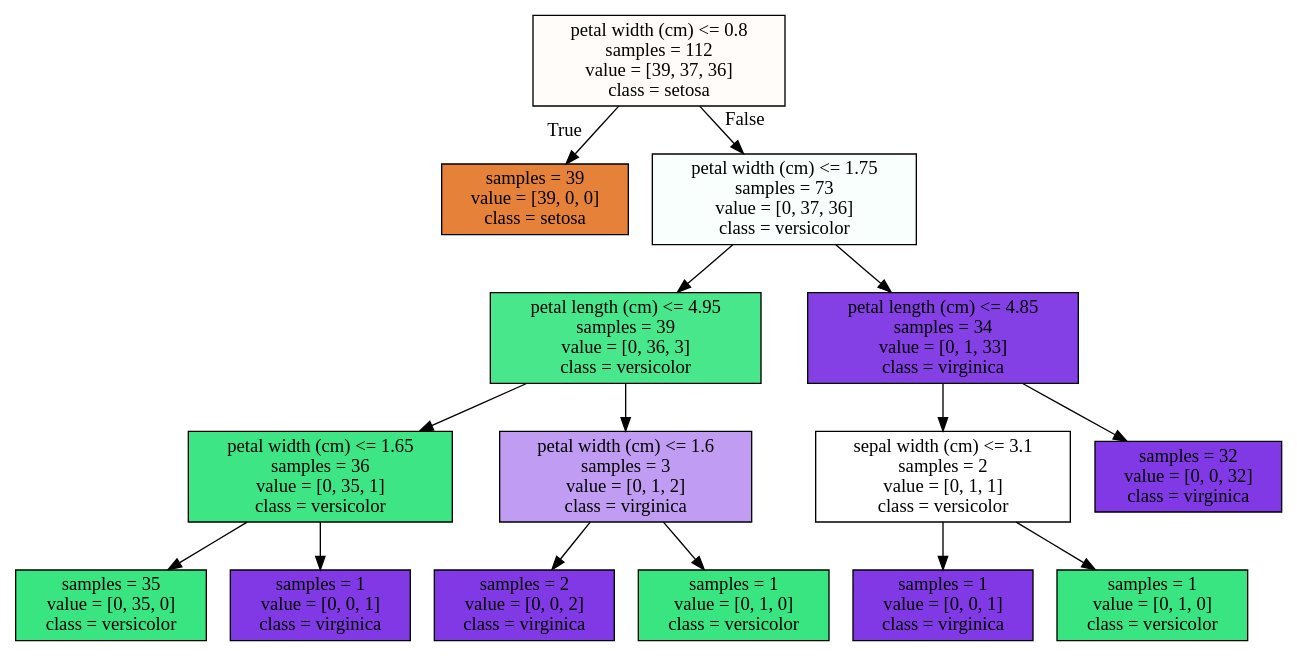
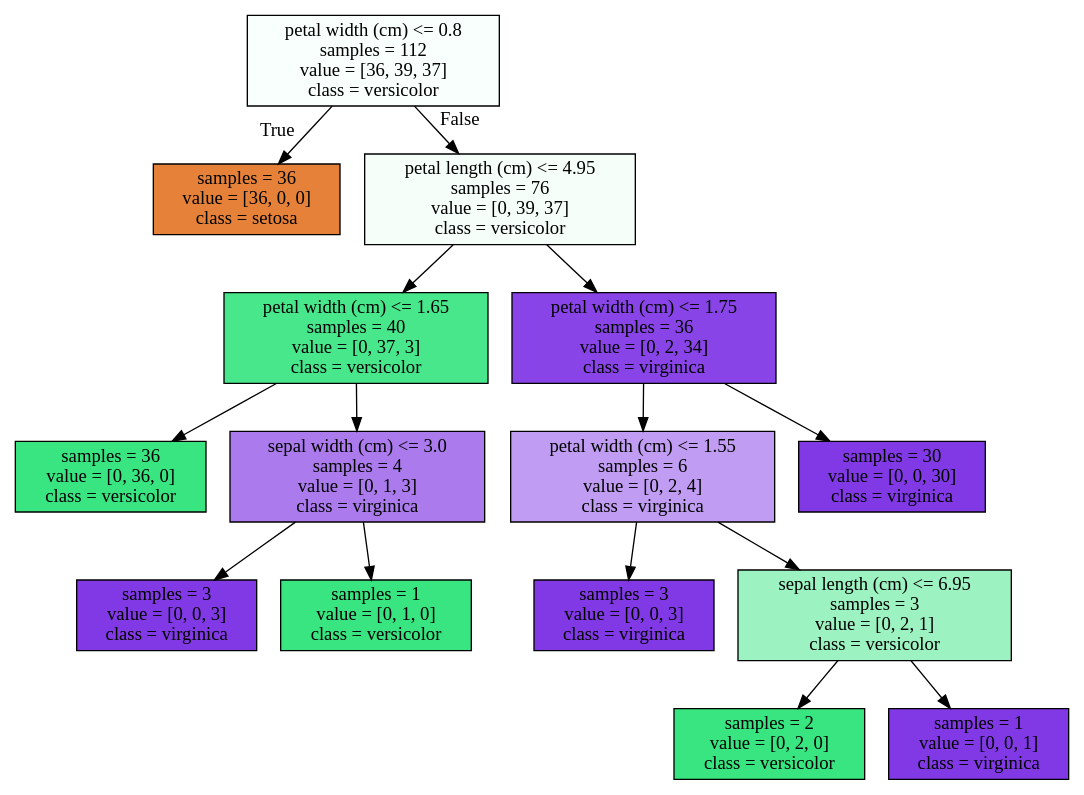
One commit to JosephPG/DecisionTreeExample changed the diagram in docs/Source.gv. Above: the diagram before and after it, drawn with Graphviz. The commit also changed 5 other files, not shown here.

```diff
--- a/docs/Source.gv
+++ b/docs/Source.gv
@@ -1,32 +1,32 @@
 digraph Tree {
 node [shape=box, style="filled", color="black"] ;
-0 [label="petal width (cm) <= 0.8\nsamples = 112\nvalue = [39, 37, 36]\nclass = setosa", fillcolor="#e5813907"] ;
-1 [label="samples = 39\nvalue = [39, 0, 0]\nclass = setosa", fillcolor="#e58139ff"] ;
+0 [label="petal width (cm) <= 0.8\nsamples = 112\nvalue = [36, 39, 37]\nclass = versicolor", fillcolor="#39e58107"] ;
+1 [label="samples = 36\nvalue = [36, 0, 0]\nclass = setosa", fillcolor="#e58139ff"] ;
 0 -> 1 [labeldistance=2.5, labelangle=45, headlabel="True"] ;
-2 [label="petal width (cm) <= 1.75\nsamples = 73\nvalue = [0, 37, 36]\nclass = versicolor", fillcolor="#39e58107"] ;
+2 [label="petal length (cm) <= 4.95\nsamples = 76\nvalue = [0, 39, 37]\nclass = versicolor", fillcolor="#39e5810d"] ;
 0 -> 2 [labeldistance=2.5, labelangle=-45, headlabel="False"] ;
-3 [label="petal length (cm) <= 4.95\nsamples = 39\nvalue = [0, 36, 3]\nclass = versicolor", fillcolor="#39e581ea"] ;
+3 [label="petal width (cm) <= 1.65\nsamples = 40\nvalue = [0, 37, 3]\nclass = versicolor", fillcolor="#39e581ea"] ;
 2 -> 3 ;
-4 [label="petal width (cm) <= 1.65\nsamples = 36\nvalue = [0, 35, 1]\nclass = versicolor", fillcolor="#39e581f8"] ;
+4 [label="samples = 36\nvalue = [0, 36, 0]\nclass = versicolor", fillcolor="#39e581ff"] ;
 3 -> 4 ;
-5 [label="samples = 35\nvalue = [0, 35, 0]\nclass = versicolor", fillcolor="#39e581ff"] ;
-4 -> 5 ;
-6 [label="samples = 1\nvalue = [0, 0, 1]\nclass = virginica", fillcolor="#8139e5ff"] ;
-4 -> 6 ;
-7 [label="petal width (cm) <= 1.6\nsamples = 3\nvalue = [0, 1, 2]\nclass = virginica", fillcolor="#8139e57f"] ;
-3 -> 7 ;
-8 [label="samples = 2\nvalue = [0, 0, 2]\nclass = virginica", fillcolor="#8139e5ff"] ;
-7 -> 8 ;
-9 [label="samples = 1\nvalue = [0, 1, 0]\nclass = versicolor", fillcolor="#39e581ff"] ;
-7 -> 9 ;
-10 [label="petal length (cm) <= 4.85\nsamples = 34\nvalue = [0, 1, 33]\nclass = virginica", fillcolor="#8139e5f7"] ;
-2 -> 10 ;
-11 [label="sepal width (cm) <= 3.1\nsamples = 2\nvalue = [0, 1, 1]\nclass = versicolor", fillcolor="#39e58100"] ;
-10 -> 11 ;
-12 [label="samples = 1\nvalue = [0, 0, 1]\nclass = virginica", fillcolor="#8139e5ff"] ;
+5 [label="sepal width (cm) <= 3.0\nsamples = 4\nvalue = [0, 1, 3]\nclass = virginica", fillcolor="#8139e5aa"] ;
+3 -> 5 ;
+6 [label="samples = 3\nvalue = [0, 0, 3]\nclass = virginica", fillcolor="#8139e5ff"] ;
+5 -> 6 ;
+7 [label="samples = 1\nvalue = [0, 1, 0]\nclass = versicolor", fillcolor="#39e581ff"] ;
+5 -> 7 ;
+8 [label="petal width (cm) <= 1.75\nsamples = 36\nvalue = [0, 2, 34]\nclass = virginica", fillcolor="#8139e5f0"] ;
+2 -> 8 ;
+9 [label="petal width (cm) <= 1.55\nsamples = 6\nvalue = [0, 2, 4]\nclass = virginica", fillcolor="#8139e57f"] ;
+8 -> 9 ;
+10 [label="samples = 3\nvalue = [0, 0, 3]\nclass = virginica", fillcolor="#8139e5ff"] ;
+9 -> 10 ;
+11 [label="sepal length (cm) <= 6.95\nsamples = 3\nvalue = [0, 2, 1]\nclass = versicolor", fillcolor="#39e5817f"] ;
+9 -> 11 ;
+12 [label="samples = 2\nvalue = [0, 2, 0]\nclass = versicolor", fillcolor="#39e581ff"] ;
 11 -> 12 ;
-13 [label="samples = 1\nvalue = [0, 1, 0]\nclass = versicolor", fillcolor="#39e581ff"] ;
+13 [label="samples = 1\nvalue = [0, 0, 1]\nclass = virginica", fillcolor="#8139e5ff"] ;
 11 -> 13 ;
-14 [label="samples = 32\nvalue = [0, 0, 32]\nclass = virginica", fillcolor="#8139e5ff"] ;
-10 -> 14 ;
+14 [label="samples = 30\nvalue = [0, 0, 30]\nclass = virginica", fillcolor="#8139e5ff"] ;
+8 -> 14 ;
 }
```
